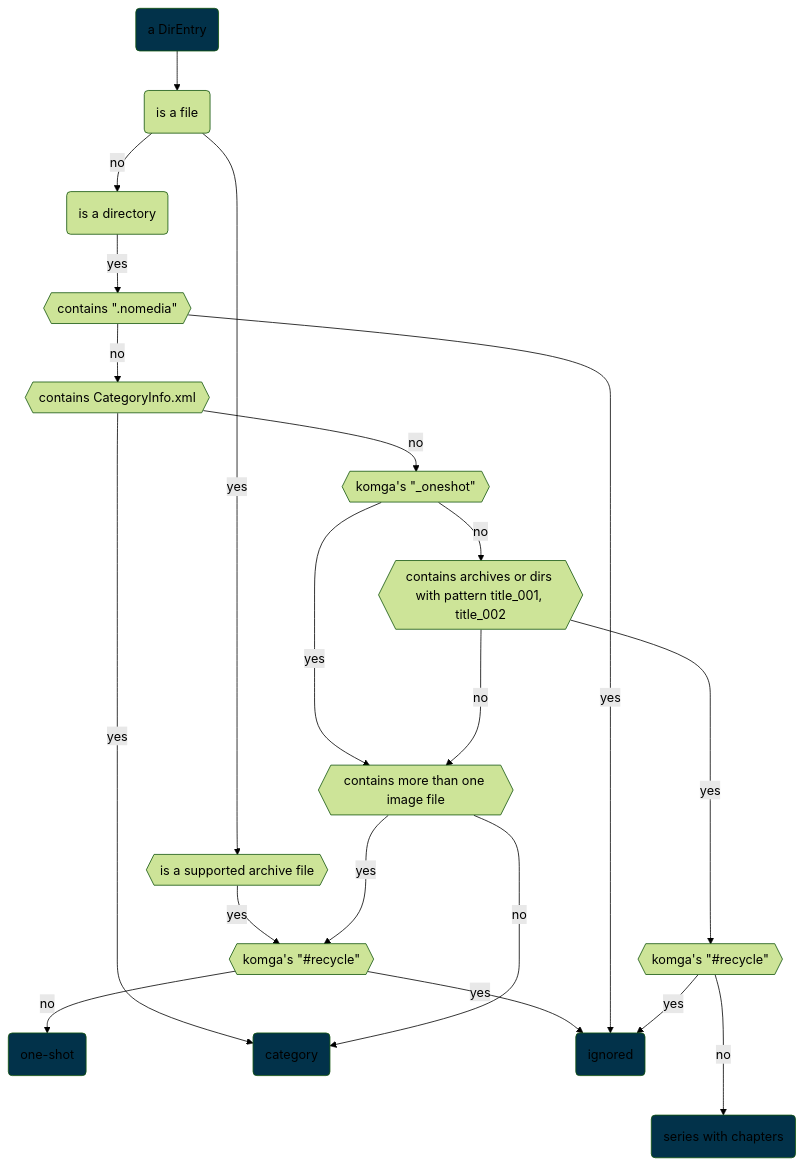
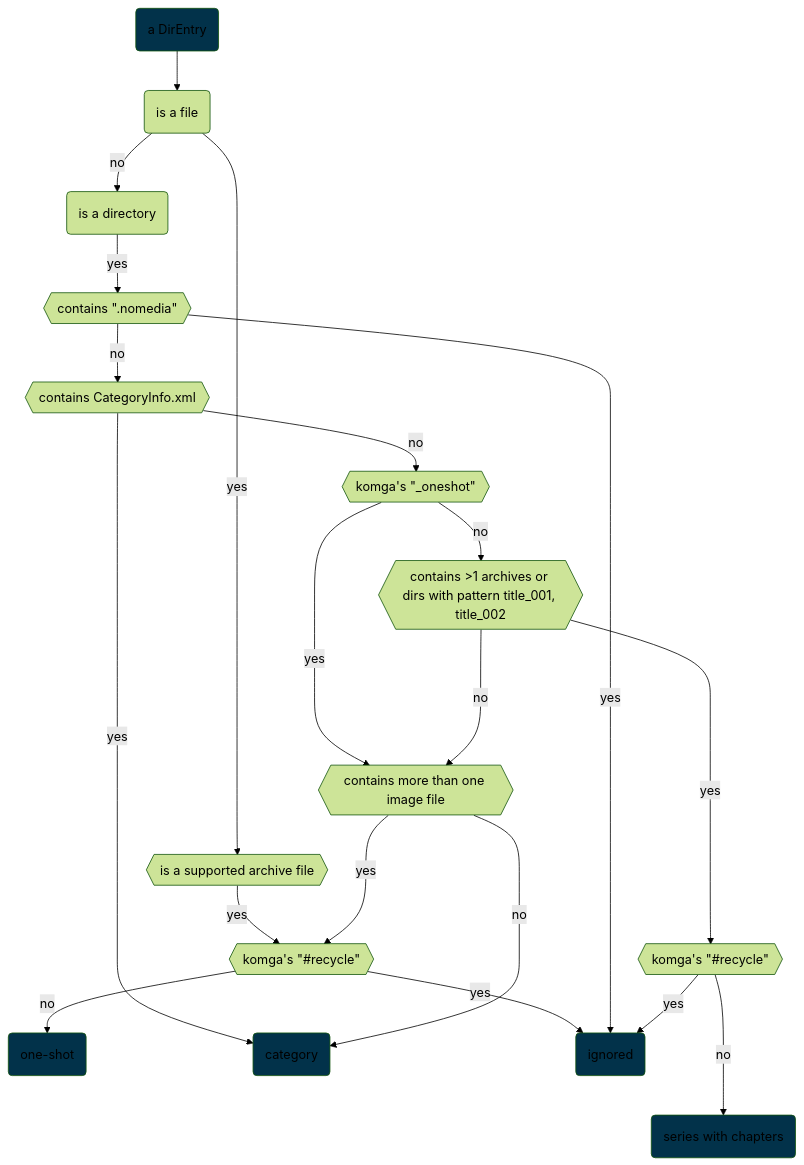
Before and after one commit to Liminova/yomuyume: the diagram in docs/managing-library.md, drawn with Mermaid (forest theme).

Commit message:
docs(`managing-library`): `>1 file` in has series pattern

````diff
--- a/docs/managing-library.md
+++ b/docs/managing-library.md
@@ -67,45 +67,45 @@
 ```mermaid
 flowchart TD
     dir@{ shape: rounded, label: "a DirEntry" }
     series@{ shape: rounded, label: "series with chapters" }
     oneshot@{ shape: rounded, label: "one-shot" }
     category@{ shape: rounded, label: "category" }
     ignore@{ shape: rounded, label: "ignored" }
 
     recycle-oneshot@{ shape: hex, label: "komga's \"#recycle\"" }
 
     dir --> isfile@{ shape: rounded, label: "is a file" }
 
     isfile --> |yes| supportedarchive@{ shape: hex, label: "is a supported archive file" }
     supportedarchive --> |yes| recycle-oneshot
     recycle-oneshot --> |yes| ignore
     recycle-oneshot --> |no| oneshot
 
     isfile --> |no| isdir@{ shape: rounded, label: "is a directory" }
     isdir --> |yes| has-nomedia@{ shape: hex, label: "contains \".nomedia\"" }
 
     has-nomedia --> |no| catinfo@{ shape: hex, label: "contains CategoryInfo.xml" }
     has-nomedia --> |yes| ignore
 
     catinfo --> |yes| category
     catinfo --> |no| komga-oneshot@{ shape: hex, label: "komga's \"_oneshot\"" }
     komga-oneshot --> |yes| pagecount
 
-    komga-oneshot --> |no| haspattern@{ shape: hex, label: "contains archives or dirs with pattern title_001, title_002" }
+    komga-oneshot --> |no| haspattern@{ shape: hex, label: "contains >1 archives or dirs with pattern title_001, title_002" }
 
     %% it's a series
     haspattern --> |yes| recycle-series@{ shape: hex, label: "komga's \"#recycle\"" }
     recycle-series --> |yes| ignore
     recycle-series ---> |no| series
 
     %% not a series; one-shot || category
     haspattern ---> |no| pagecount@{ shape: hex, label: "contains more than one image file" }
     pagecount ---> |yes| recycle-oneshot
     pagecount ----> |no| category
 
     style dir fill:#02324a
     style series fill:#02324a
     style oneshot fill:#02324a
     style category fill:#02324a
     style ignore fill:#02324a
 ```
````
